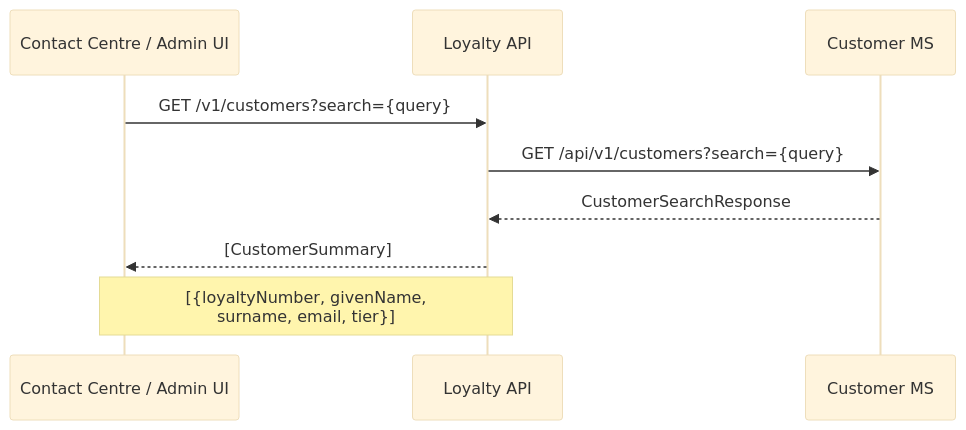
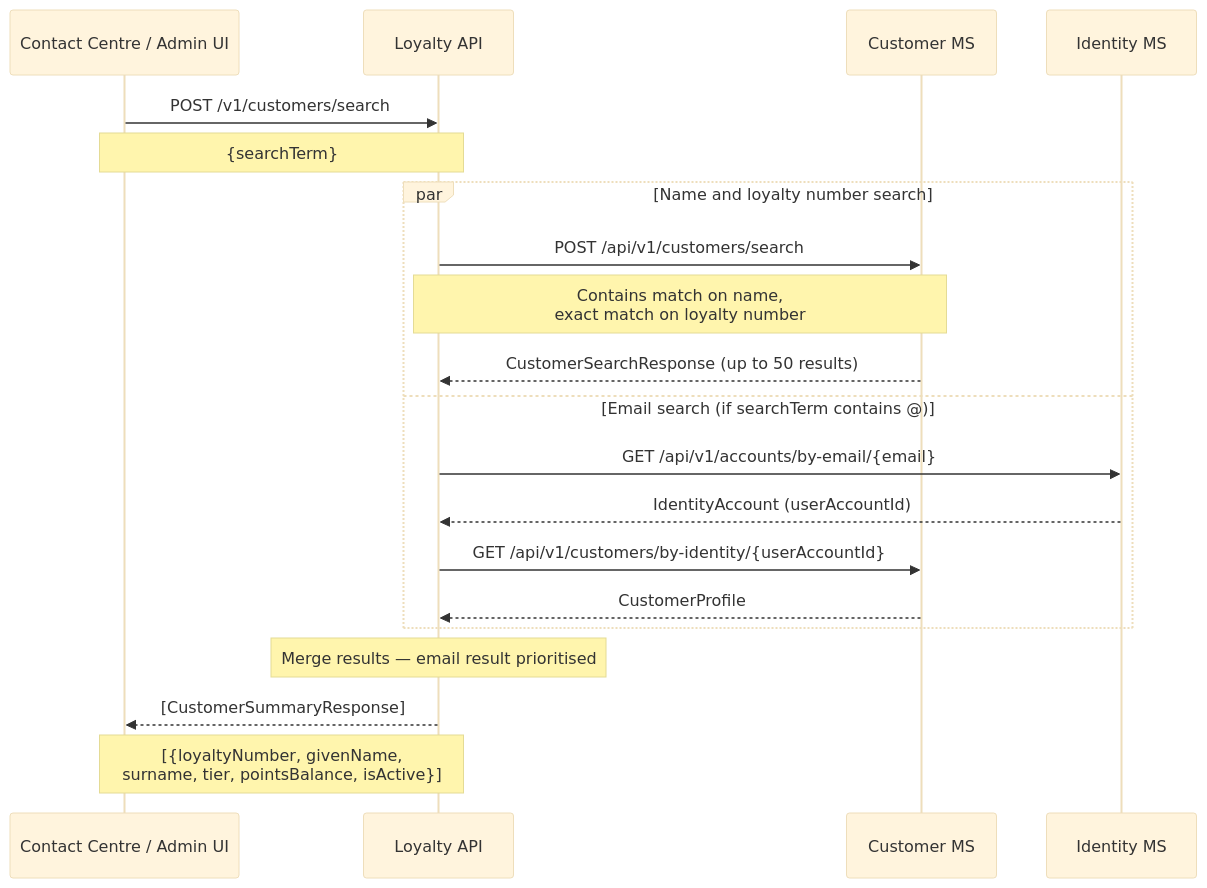
One commit to sebharvey/airline-reservation-system changed diagram 11 of 11 in documentation/sequences/customer.md. Above: the diagram before and after it, drawn with Mermaid (base theme). The commit also changed other lines of this file and 11 other files, not shown here.

````diff
--- a/documentation/sequences/customer.md
+++ b/documentation/sequences/customer.md
@@ -197,12 +199,26 @@
 ```mermaid
 sequenceDiagram
     participant Terminal as Contact Centre / Admin UI
     participant LoyaltyAPI as Loyalty API
     participant CustomerMS as Customer MS
+    participant IdentityMS as Identity MS
 
-    Terminal->>LoyaltyAPI: GET /v1/customers?search={query}
-    LoyaltyAPI->>CustomerMS: GET /api/v1/customers?search={query}
-    CustomerMS-->>LoyaltyAPI: CustomerSearchResponse
-    LoyaltyAPI-->>Terminal: [CustomerSummary]
-    Note over LoyaltyAPI,Terminal: [{loyaltyNumber, givenName,<br/>surname, email, tier}]
+    Terminal->>LoyaltyAPI: POST /v1/customers/search
+    Note over Terminal,LoyaltyAPI: {searchTerm}
+
+    par Name and loyalty number search
+        LoyaltyAPI->>CustomerMS: POST /api/v1/customers/search
+        Note over LoyaltyAPI,CustomerMS: Contains match on name,<br/>exact match on loyalty number
+        CustomerMS-->>LoyaltyAPI: CustomerSearchResponse (up to 50 results)
+    and Email search (if searchTerm contains @)
+        LoyaltyAPI->>IdentityMS: GET /api/v1/accounts/by-email/{email}
+        IdentityMS-->>LoyaltyAPI: IdentityAccount (userAccountId)
+        LoyaltyAPI->>CustomerMS: GET /api/v1/customers/by-identity/{userAccountId}
+        CustomerMS-->>LoyaltyAPI: CustomerProfile
+    end
+
+    Note over LoyaltyAPI: Merge results — email result prioritised
+
+    LoyaltyAPI-->>Terminal: [CustomerSummaryResponse]
+    Note over LoyaltyAPI,Terminal: [{loyaltyNumber, givenName,<br/>surname, tier, pointsBalance, isActive}]
 ```
````
